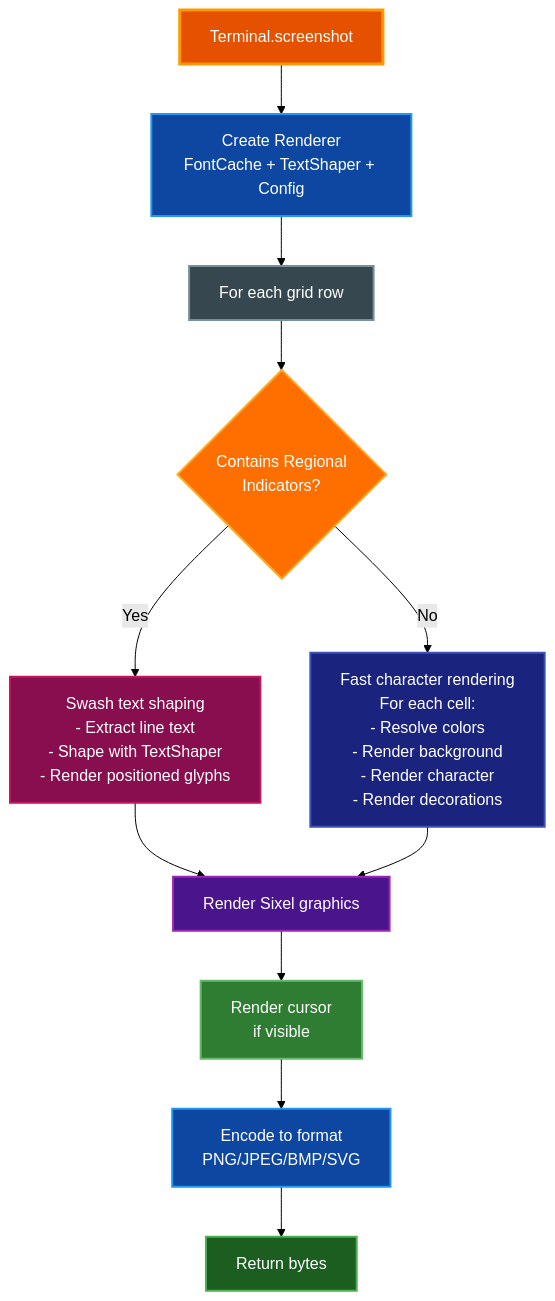
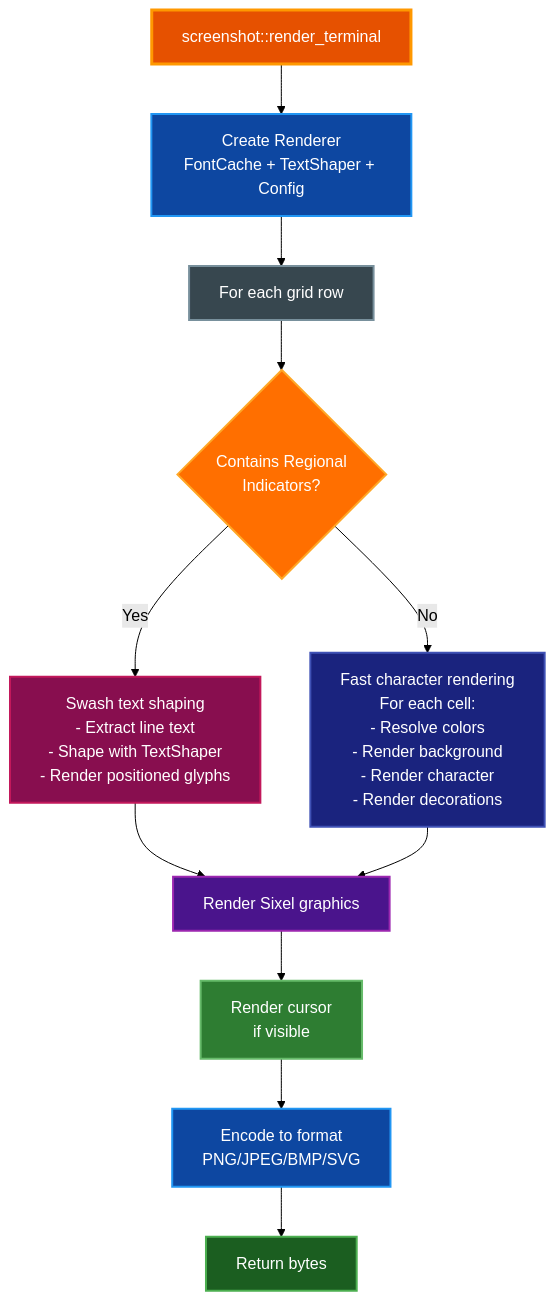
Before and after one commit to paulrobello/par-term-emu-core-rust: the fourth of 6 diagrams in docs/ARCHITECTURE.md, drawn with Mermaid (forest theme). The commit also changed other lines of this file and 1 other file, not shown here.

First line of the commit message:
docs: DOC-107 bring README C surface and ARCHITECTURE up to date

````diff
--- a/docs/ARCHITECTURE.md
+++ b/docs/ARCHITECTURE.md
@@ -811,35 +820,35 @@
 ```mermaid
 graph TD
-    A[Terminal.screenshot]
+    A["screenshot::render_terminal"]
     B[Create Renderer<br/>FontCache + TextShaper + Config]
     C[For each grid row]
     D{Contains Regional<br/>Indicators?}
     E[Swash text shaping<br/>- Extract line text<br/>- Shape with TextShaper<br/>- Render positioned glyphs]
     F[Fast character rendering<br/>For each cell:<br/>- Resolve colors<br/>- Render background<br/>- Render character<br/>- Render decorations]
     G[Render Sixel graphics]
     H[Render cursor<br/>if visible]
     I[Encode to format<br/>PNG/JPEG/BMP/SVG]
     J[Return bytes]
 
     A --> B
     B --> C
     C --> D
     D -->|Yes| E
     D -->|No| F
     E --> G
     F --> G
     G --> H
     H --> I
     I --> J
 
     style A fill:#e65100,stroke:#ff9800,stroke-width:3px,color:#ffffff
     style B fill:#0d47a1,stroke:#2196f3,stroke-width:2px,color:#ffffff
     style C fill:#37474f,stroke:#78909c,stroke-width:2px,color:#ffffff
     style D fill:#ff6f00,stroke:#ffa726,stroke-width:2px,color:#ffffff
     style E fill:#880e4f,stroke:#c2185b,stroke-width:2px,color:#ffffff
     style F fill:#1a237e,stroke:#3f51b5,stroke-width:2px,color:#ffffff
     style G fill:#4a148c,stroke:#9c27b0,stroke-width:2px,color:#ffffff
     style H fill:#2e7d32,stroke:#66bb6a,stroke-width:2px,color:#ffffff
     style I fill:#0d47a1,stroke:#2196f3,stroke-width:2px,color:#ffffff
     style J fill:#1b5e20,stroke:#4caf50,stroke-width:2px,color:#ffffff
 ```
````
